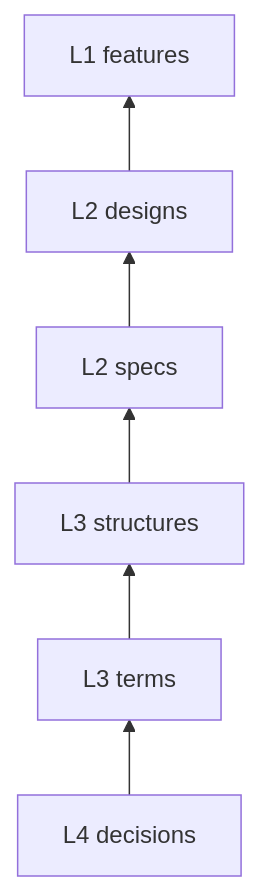
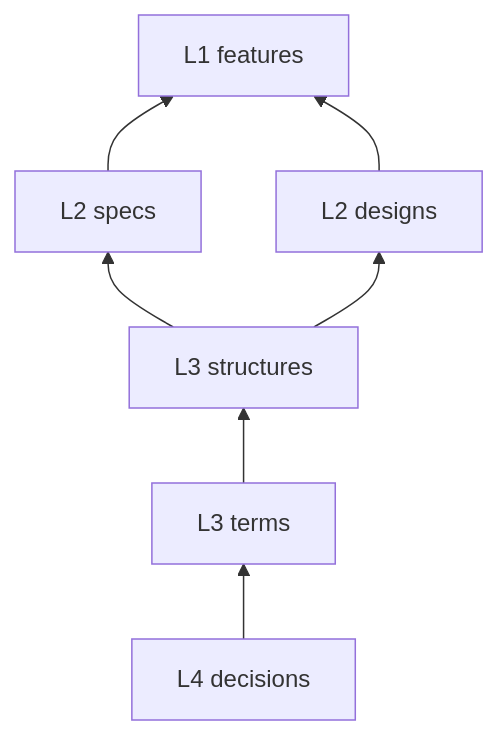
The second of 3 diagrams in docs/archivist/L3_structures/document-layers.md (gameundwatch/archivist), drawn with Mermaid before and after one commit. The commit also changed other lines of this file and 30 other files, not shown here.

````diff
--- a/docs/archivist/L3_structures/document-layers.md
+++ b/docs/archivist/L3_structures/document-layers.md
@@ -49,5 +55,6 @@
 ```mermaid
 flowchart BT
     D["L4 decisions"] --> T["L3 terms"] --> S["L3 structures"]
-    S --> SP["L2 specs"] --> DE["L2 designs"] --> F["L1 features"]
+    S --> SP["L2 specs"] --> F["L1 features"]
+    S --> DE["L2 designs"] --> F
 ```
````
